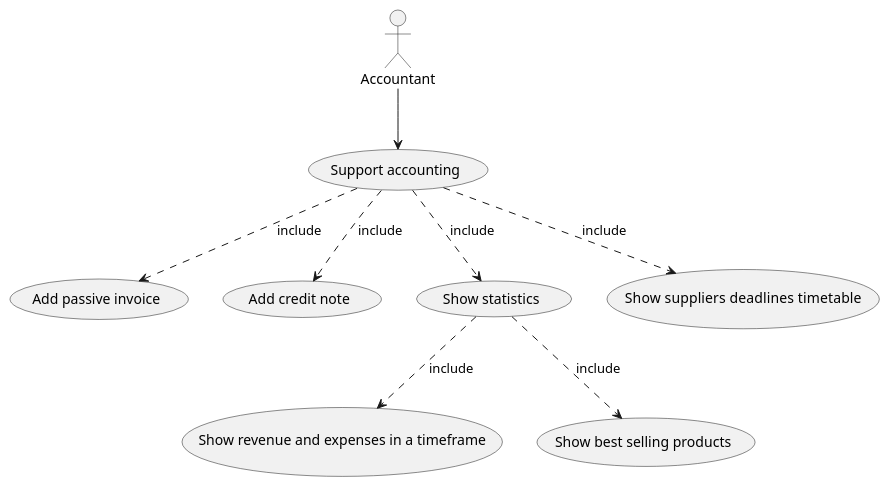
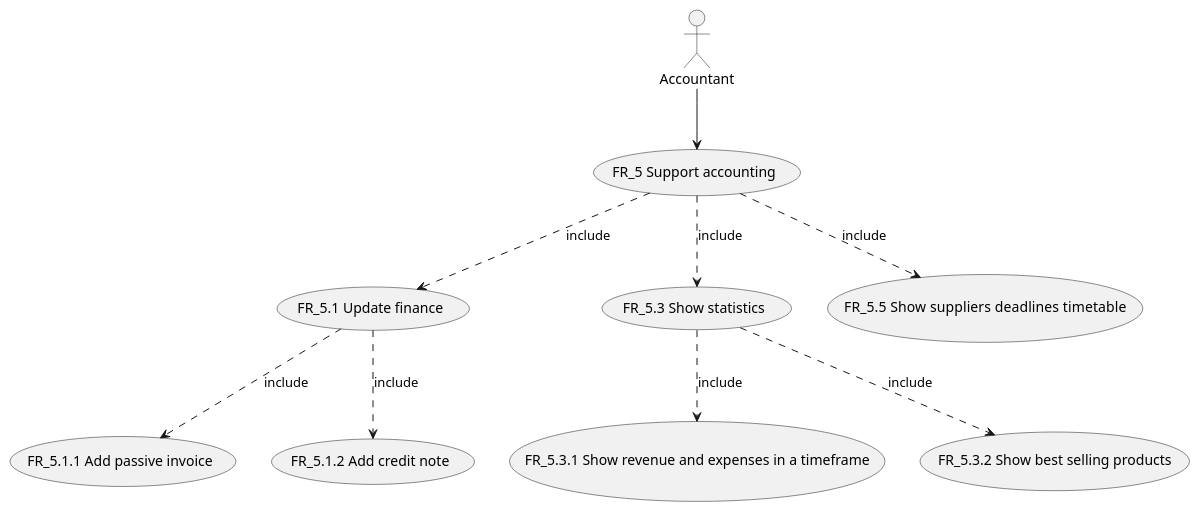
Before and after one commit to Stormz4/group20-EzShop: the seventh of 11 diagrams in Deliverables/RequirementsDocument.md, drawn with PlantUML. The commit also changed other lines of this file and 1 other file, not shown here.

Commit message:
Doc: Modified use case diagrams and matched the FRs with the use cases

````diff
--- a/Deliverables/RequirementsDocument.md
+++ b/Deliverables/RequirementsDocument.md
@@ -322,15 +324,15 @@
 ```plantuml
 @startuml
 'Support accounting part
 
-:Accountant: --> (Support accounting)
-(Support accounting) ..> (Add passive invoice) : include
-(Support accounting) ..> (Add credit note) : include
-(Support accounting) ..> (Show statistics) : include
-(Support accounting) ..> (Show suppliers deadlines  timetable) : include
-
-(Show statistics) ..> (Show revenue and expenses in a timeframe) :include
-(Show statistics) ..> (Show best selling products) :include
+:Accountant: --> (FR_5 Support accounting)
+(FR_5 Support accounting) ..> (FR_5.1 Update finance) : include
+(FR_5.1 Update finance) ..> (FR_5.1.1 Add passive invoice) : include
+(FR_5.1 Update finance) ..> (FR_5.1.2 Add credit note) : include
+(FR_5 Support accounting) ..> (FR_5.3 Show statistics) : include
+(FR_5 Support accounting) ..> (FR_5.5 Show suppliers deadlines  timetable) : include
+(FR_5.3 Show statistics) ..> (FR_5.3.1 Show revenue and expenses in a timeframe) :include
+(FR_5.3 Show statistics) ..> (FR_5.3.2 Show best selling products) :include
 
 @enduml
 ```
````
